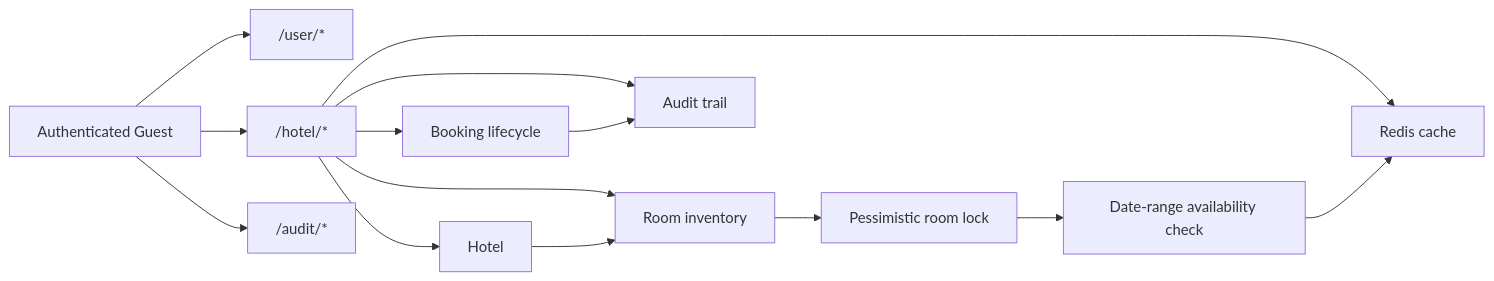
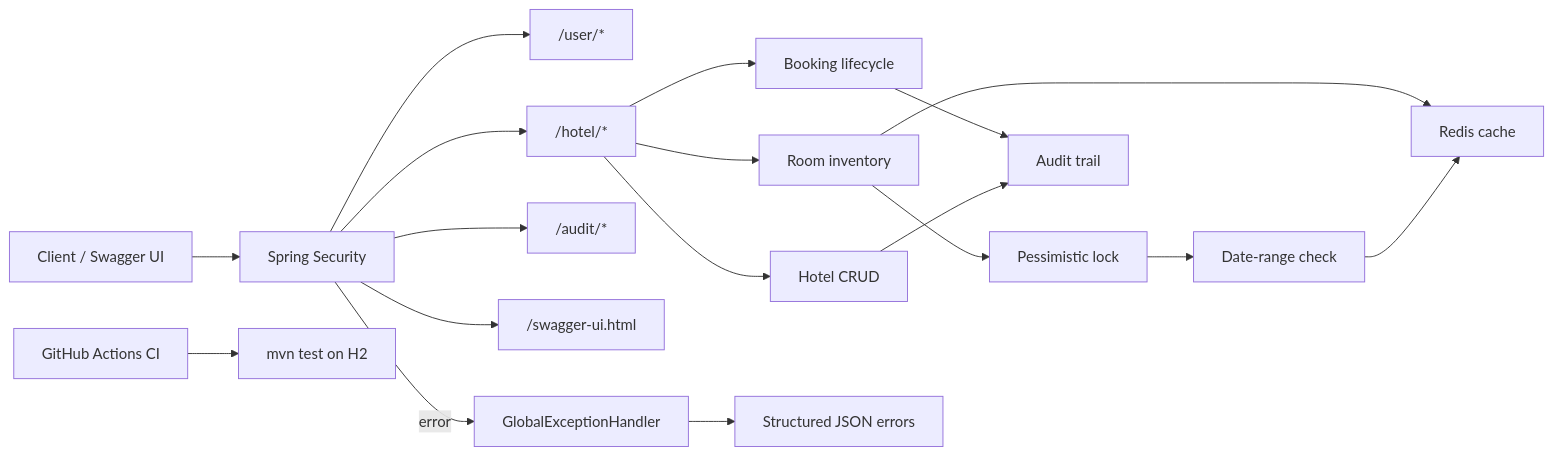
Before and after one commit to byte2code/hotel-management-api: the third of 3 diagrams in README.md, drawn with Mermaid. The commit also changed other lines of this file and 1 other file, not shown here.

Commit message:
Add README badges and refresh architecture diagrams

````diff
--- a/README.md
+++ b/README.md
@@ -263,18 +277,25 @@
 ```mermaid
 flowchart LR
-    Guest[Authenticated Guest] --> UserAPI["/user/*"]
-    Guest --> HotelAPI["/hotel/*"]
-    Guest --> AuditAPI["/audit/*"]
+    Client["Client / Swagger UI"] --> Security["Spring Security"]
+    Security --> UserAPI["/user/*"]
+    Security --> HotelAPI["/hotel/*"]
+    Security --> AuditAPI["/audit/*"]
+    Security --> SwaggerUI["/swagger-ui.html"]
 
-    HotelAPI --> Hotels["Hotel"]
+    HotelAPI --> Hotels["Hotel CRUD"]
     HotelAPI --> Rooms["Room inventory"]
     HotelAPI --> Bookings["Booking lifecycle"]
-    HotelAPI --> Cache["Redis cache"]
-    HotelAPI --> Audit["Audit trail"]
 
-    Hotels --> Rooms
-    Rooms --> LockedRoom["Pessimistic room lock"]
-    LockedRoom --> Availability["Date-range availability check"]
+    Rooms --> Cache["Redis cache"]
+    Rooms --> LockedRoom["Pessimistic lock"]
+    LockedRoom --> Availability["Date-range check"]
     Availability --> Cache
-    Bookings --> Audit
+
+    Bookings --> Audit["Audit trail"]
+    Hotels --> Audit
+
+    Security -->|error| ExHandler["GlobalExceptionHandler"]
+    ExHandler --> ErrorJSON["Structured JSON errors"]
+
+    CI["GitHub Actions CI"] --> Tests["mvn test on H2"]
 ```
````
